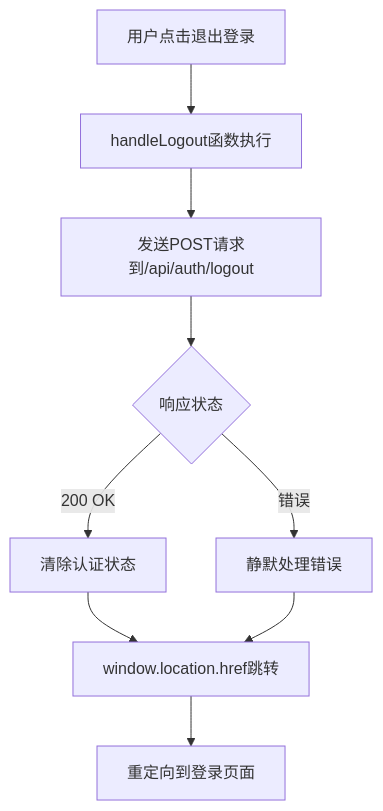
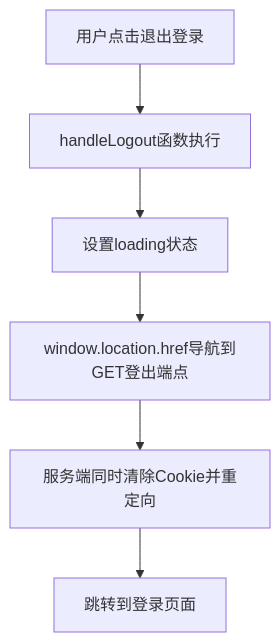
One commit to three3638-arch/celestia_2b changed the seventh of 12 diagrams in .qoder/repowiki/zh/content/前台商店系统/用户个人中心.md. Above: the diagram before and after it, drawn with Mermaid. The commit also changed other lines of this file and 6 other files, not shown here.

````diff
--- a/.qoder/repowiki/zh/content/前台商店系统/用户个人中心.md
+++ b/.qoder/repowiki/zh/content/前台商店系统/用户个人中心.md
@@ -280,11 +303,8 @@
 ```mermaid
 flowchart TD
 A[用户点击退出登录] --> B[handleLogout函数执行]
-B --> C[发送POST请求到/api/auth/logout]
-C --> D{响应状态}
-D --> |200 OK| E[清除认证状态]
-D --> |错误| F[静默处理错误]
-E --> G[window.location.href跳转]
-F --> G
-G --> H[重定向到登录页面]
+B --> C[设置loading状态]
+C --> D[window.location.href导航到GET登出端点]
+D --> E[服务端同时清除Cookie并重定向]
+E --> F[跳转到登录页面]
 ```
````
